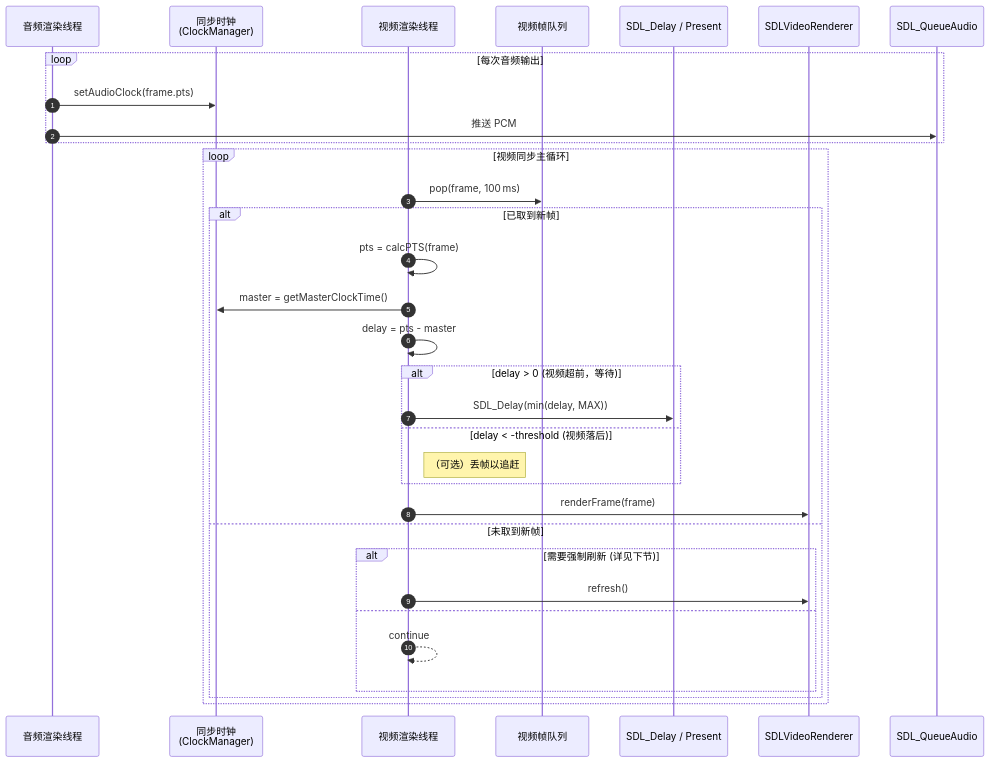
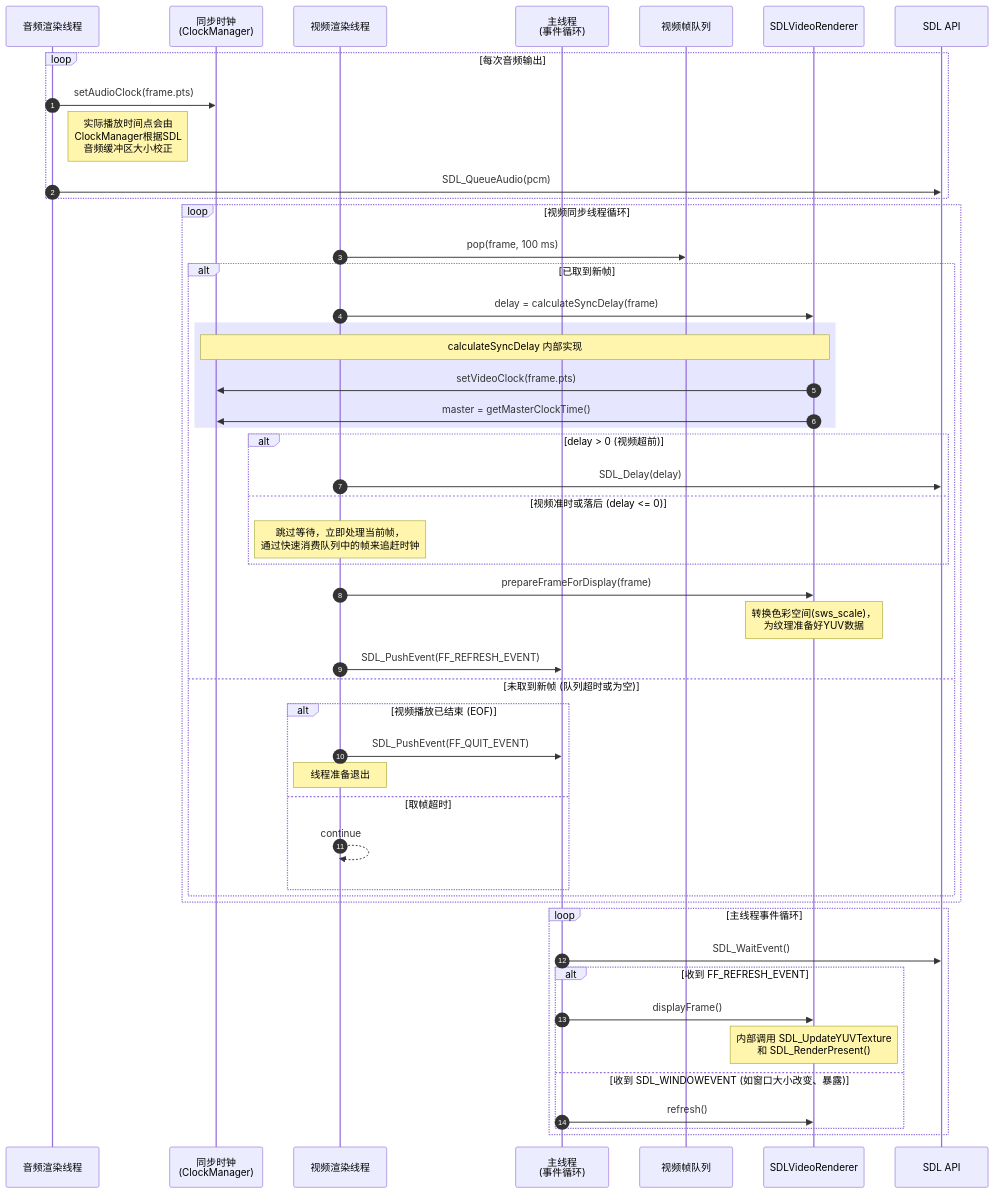
One commit to Ko-vey/SDLplayerCore changed the diagram in docs/assets/pic6-audio_video_sync_thread.md. Above: the diagram before and after it, drawn with Mermaid. The commit also changed 9 other files, not shown here.

Commit message:
DOCS: 基于新视频渲染架构更新设计文档DESIGN.md 视频渲染管线已从直接渲染模型重构为事件驱动模型。本次提交更新了所有相关文档，以反映新架构。 主要变更包括： - 重写 DESIGN.md 中的“音视频同步”部分，详细说明新的线程交互逻辑和基于事件的视频渲染机制。 - 删除过时的“防御性刷新”机制部分。 - 新增一个关于事件驱动模型设计考量的部分。 - 重新修改并生成所有相关的图表以匹配新逻辑：   - 初始化流程图   - 总体核心流程图   - 音视频同步线程交互图

````diff
--- a/docs/assets/pic6-audio_video_sync_thread.md
+++ b/docs/assets/pic6-audio_video_sync_thread.md
@@ -3,36 +3,59 @@
 ```mermaid
 sequenceDiagram
     autonumber
+    
     participant AudioRenderThread as 音频渲染线程
     participant Clock as 同步时钟<br/>(ClockManager)
     participant VideoRenderThread as 视频渲染线程
+    participant MainThread as 主线程<br/>(事件循环)
     participant VideoFrameQueue as 视频帧队列
-    participant SDL as SDL_Delay / Present
     participant VideoRenderer as SDLVideoRenderer
+    participant SDL as SDL API
 
     loop 每次音频输出
         AudioRenderThread ->> Clock: setAudioClock(frame.pts)
-        AudioRenderThread ->> SDL_QueueAudio : 推送 PCM
+        note right of AudioRenderThread: 实际播放时间点会由<br/>ClockManager根据SDL<br/>音频缓冲区大小校正
+        AudioRenderThread ->> SDL: SDL_QueueAudio(pcm)
     end
 
-    loop 视频同步主循环
-        VideoRenderThread ->> VideoFrameQueue: pop(frame, 100 ms)
+    loop 视频同步线程循环
+        VideoRenderThread ->> VideoFrameQueue: pop(frame, 100 ms)
         alt 已取到新帧
-            VideoRenderThread ->> VideoRenderThread: pts = calcPTS(frame)
-            VideoRenderThread ->> Clock: master = getMasterClockTime()
-            VideoRenderThread ->> VideoRenderThread: delay = pts - master
-            alt delay > 0 (视频超前，等待)
-                VideoRenderThread ->> SDL: SDL_Delay(min(delay, MAX))
-            else delay < -threshold (视频落后)
-                Note right of VideoRenderThread: （可选）丢帧以追赶
+            VideoRenderThread ->> VideoRenderer: delay = calculateSyncDelay(frame)
+            rect rgb(230, 230, 255)
+                note over VideoRenderer, Clock: calculateSyncDelay 内部实现
+                VideoRenderer ->> Clock: setVideoClock(frame.pts)
+                VideoRenderer ->> Clock: master = getMasterClockTime()
             end
-            VideoRenderThread ->> VideoRenderer: renderFrame(frame)
-        else 未取到新帧
-            alt 需要强制刷新 (详见下节)
-                VideoRenderThread ->> VideoRenderer: refresh()
-            else
-                VideoRenderThread -->> VideoRenderThread: continue
+            
+            alt delay > 0 (视频超前)
+                VideoRenderThread ->> SDL: SDL_Delay(delay)
+            else 视频准时或落后 (delay <= 0)
+                Note over VideoRenderThread: 跳过等待，立即处理当前帧，<br>通过快速消费队列中的帧来追赶时钟
+            end
+
+            VideoRenderThread ->> VideoRenderer: prepareFrameForDisplay(frame)
+            note over VideoRenderer: 转换色彩空间(sws_scale)，<br/>为纹理准备好YUV数据
+            
+            VideoRenderThread ->> MainThread: SDL_PushEvent(FF_REFRESH_EVENT)
+        else 未取到新帧 (队列超时或为空)
+            alt 视频播放已结束 (EOF)
+                 VideoRenderThread ->> MainThread: SDL_PushEvent(FF_QUIT_EVENT)
+                 note over VideoRenderThread: 线程准备退出
+            else 取帧超时
+                 VideoRenderThread -->> VideoRenderThread: continue
             end
         end
     end
+
+    loop 主线程事件循环
+        MainThread ->> SDL: SDL_WaitEvent()
+        alt 收到 FF_REFRESH_EVENT
+            MainThread ->> VideoRenderer: displayFrame()
+            note over VideoRenderer: 内部调用 SDL_UpdateYUVTexture<br/>和 SDL_RenderPresent()
+        else 收到 SDL_WINDOWEVENT (如窗口大小改变、暴露)
+            MainThread ->> VideoRenderer: refresh()
+        end
+    end
+
 ```
````
